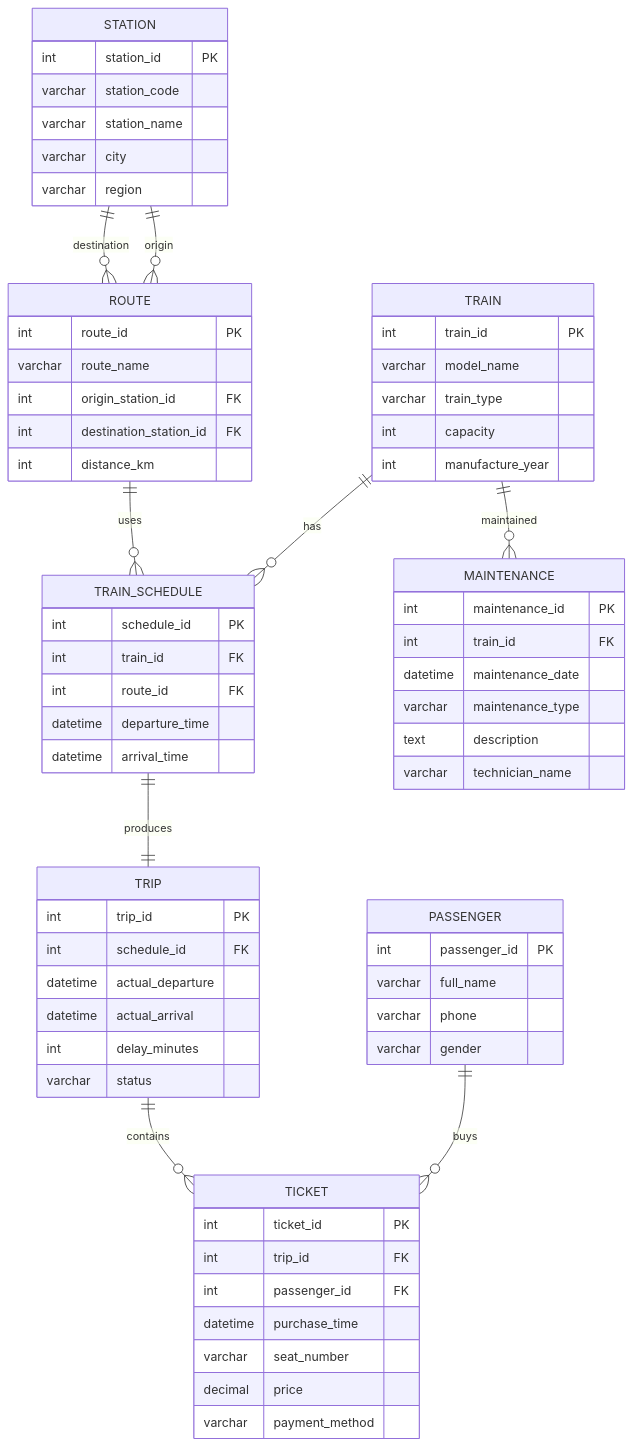
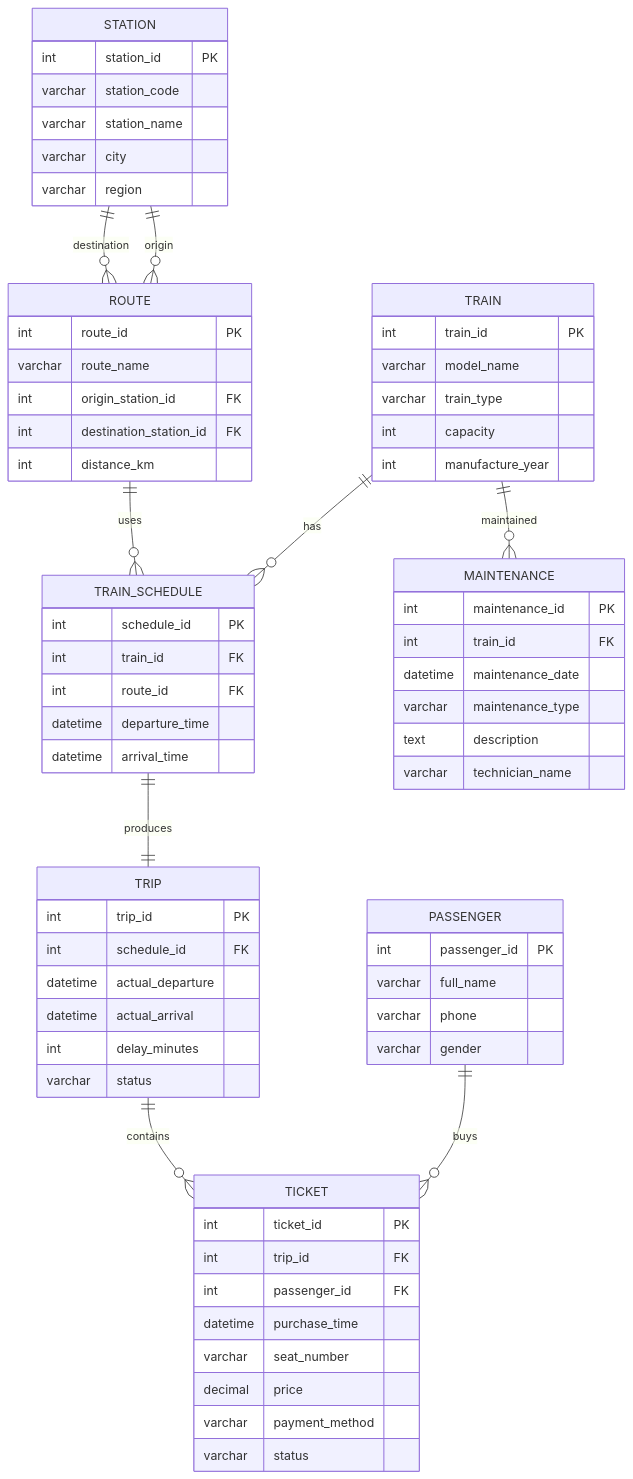
The first of 2 diagrams in design/README.md (Squadron-team/KAI-Data-Warehouse), drawn with Mermaid before and after one commit. The commit also changed 4 other files, not shown here.

Commit message:
add sql scripts setup for schema, seed, and etl

````diff
--- a/design/README.md
+++ b/design/README.md
@@ -3,79 +3,80 @@
 ```mermaid
 erDiagram
     TRAIN {
         int train_id PK
         varchar model_name
         varchar train_type
         int capacity
         int manufacture_year
     }
 
     STATION {
         int station_id PK
         varchar station_code
         varchar station_name
         varchar city
         varchar region
     }
 
     ROUTE {
         int route_id PK
         varchar route_name
         int origin_station_id FK
         int destination_station_id FK
         int distance_km
     }
 
     TRAIN_SCHEDULE {
         int schedule_id PK
         int train_id FK
         int route_id FK
         datetime departure_time
         datetime arrival_time
     }
 
     TRIP {
         int trip_id PK
         int schedule_id FK
         datetime actual_departure
         datetime actual_arrival
         int delay_minutes
         varchar status
     }
 
     PASSENGER {
         int passenger_id PK
         varchar full_name
         varchar phone
         varchar gender
     }
 
     TICKET {
         int ticket_id PK
         int trip_id FK
         int passenger_id FK
         datetime purchase_time
         varchar seat_number
         decimal price
         varchar payment_method
+        varchar status
     }
 
     MAINTENANCE {
         int maintenance_id PK
         int train_id FK
         datetime maintenance_date
         varchar maintenance_type
         text description
         varchar technician_name
     }
 
     %% Relationships
     TRAIN ||--o{ TRAIN_SCHEDULE : has
     ROUTE ||--o{ TRAIN_SCHEDULE : uses
     TRAIN_SCHEDULE ||--|| TRIP : produces
     STATION ||--o{ ROUTE : origin
     STATION ||--o{ ROUTE : destination
     PASSENGER ||--o{ TICKET : buys
     TRIP ||--o{ TICKET : contains
     TRAIN ||--o{ MAINTENANCE : maintained
 ```
````
